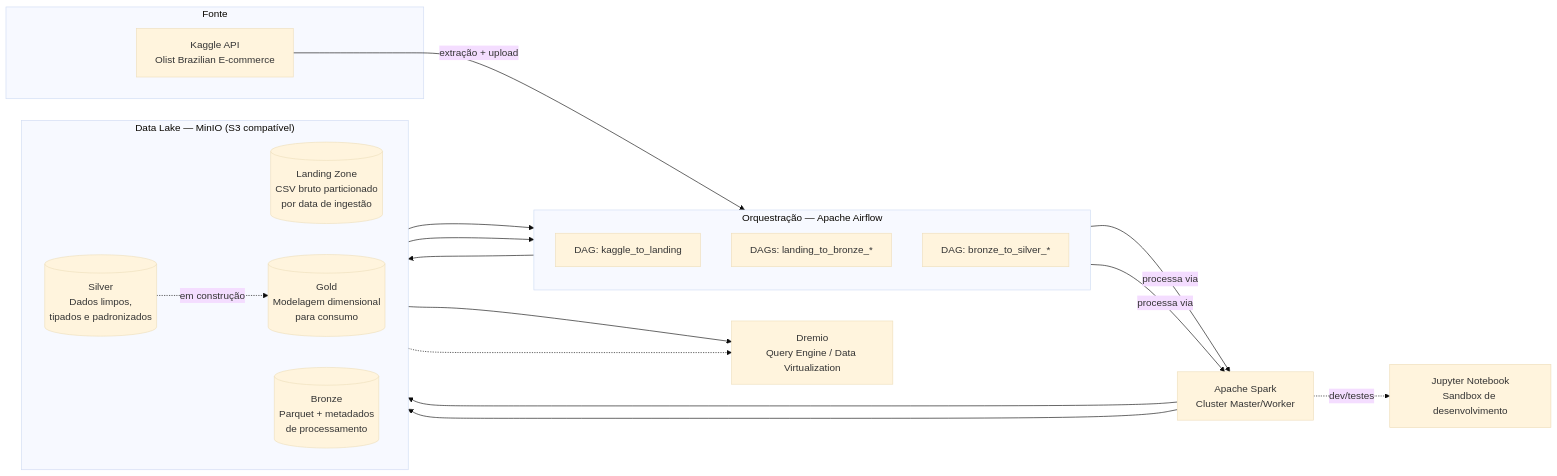
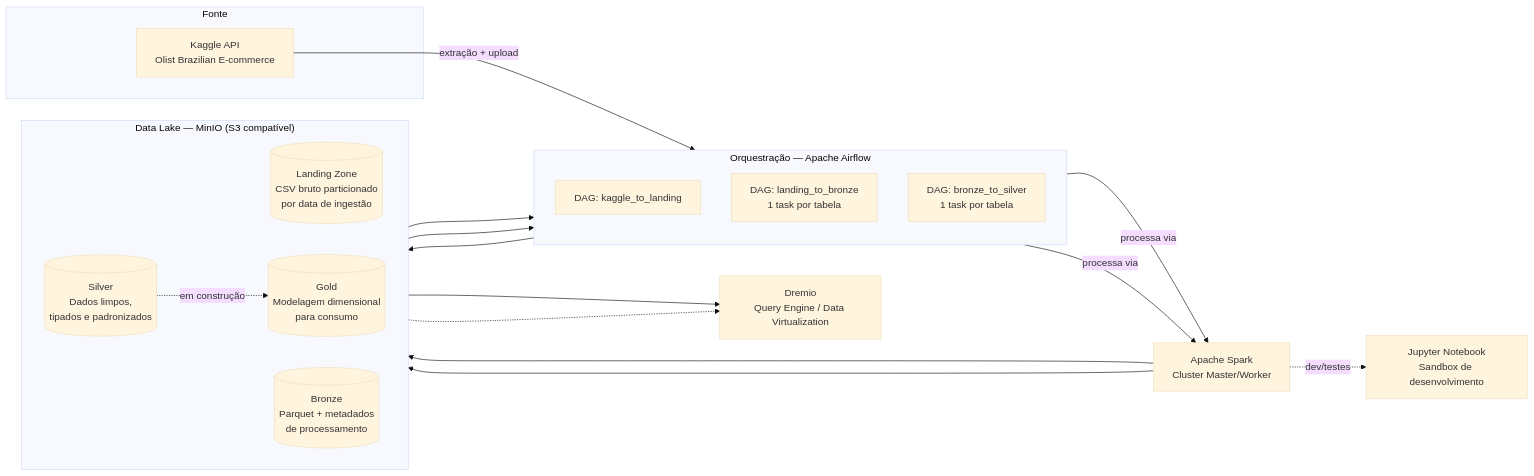
The diagram in README.md (RafaelMaciel2005/Engenharia-de-Dados), drawn with Mermaid (base theme) before and after one commit. The commit also changed other lines of this file and 36 other files, not shown here.

````diff
--- a/README.md
+++ b/README.md
@@ -36,37 +36,37 @@
 ```mermaid
 flowchart LR
     subgraph Fonte
         K[Kaggle API<br/>Olist Brazilian E-commerce]
     end
 
     subgraph Orquestração ["Orquestração — Apache Airflow"]
         direction TB
         A1[DAG: kaggle_to_landing]
-        A2[DAGs: landing_to_bronze_*]
-        A3[DAG: bronze_to_silver_*]
+        A2[DAG: landing_to_bronze<br/>1 task por tabela]
+        A3[DAG: bronze_to_silver<br/>1 task por tabela]
     end
 
     subgraph Lakehouse ["Data Lake — MinIO (S3 compatível)"]
         direction LR
         L[(Landing Zone<br/>CSV bruto particionado<br/>por data de ingestão)]
         B[(Bronze<br/>Parquet + metadados<br/>de processamento)]
         S[(Silver<br/>Dados limpos,<br/>tipados e padronizados)]
         G[(Gold<br/>Modelagem dimensional<br/>para consumo)]
     end
 
     P[Apache Spark<br/>Cluster Master/Worker]
     D[Dremio<br/>Query Engine / Data Virtualization]
     J[Jupyter Notebook<br/>Sandbox de desenvolvimento]
 
     K -->|extração + upload| A1 --> L
     L --> A2
     A2 -->|processa via| P
     P --> B
     B --> A3
     A3 -->|processa via| P
     P --> S
     S -.->|em construção| G
     S --> D
     G -.-> D
     P -.dev/testes.-> J
 ```
````
